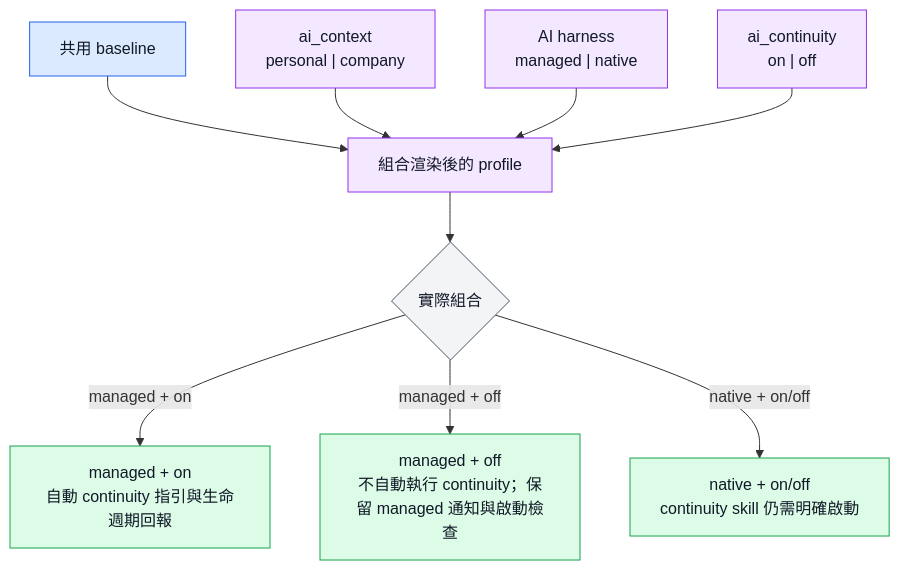
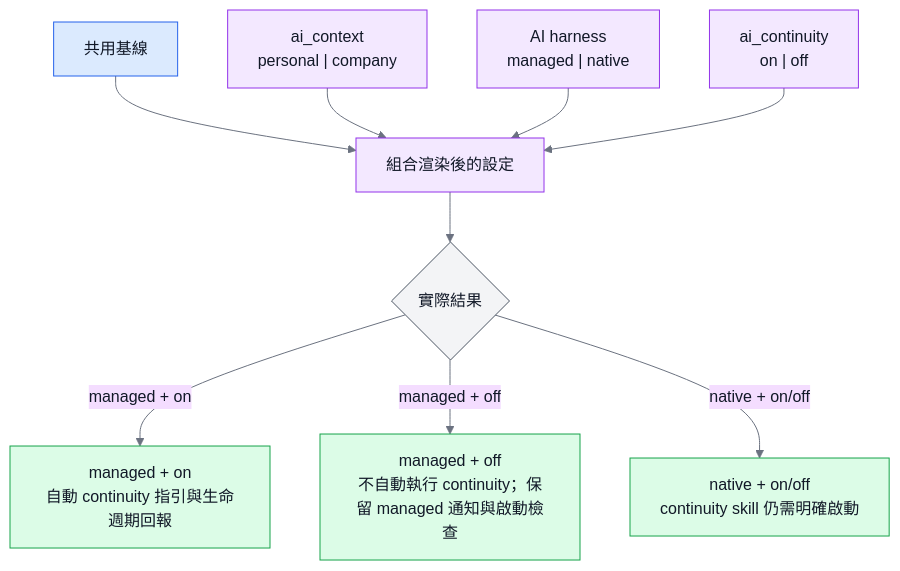
One commit to sherrilla71940/personal-agentic-dev-environment changed the second of 4 diagrams in README.zh-TW.md. Above: the diagram before and after it, drawn with Mermaid. The commit also changed other lines of this file and 23 other files, not shown here.

````diff
--- a/README.zh-TW.md
+++ b/README.zh-TW.md
@@ -109,32 +108,42 @@
 ```mermaid
+%%{init: {"theme": "base", "themeVariables": {"primaryTextColor": "#111827", "nodeTextColor": "#111827", "textColor": "#111827", "lineColor": "#6b7280"}, "flowchart": {"useMaxWidth": true}}}%%
 flowchart TB
-    baseline["共用 baseline"]:::base
+    baseline["共用基線"]:::base
     context["ai_context<br/>personal | company"]:::choice
     harness["AI harness<br/>managed | native"]:::choice
     continuity["ai_continuity<br/>on | off"]:::choice
-    compose["組合渲染後的 profile"]:::process
-    effective{"實際組合"}:::check
+    compose["組合渲染後的設定"]:::process
+    effective{"實際結果"}:::check
     managedOn["managed + on<br/>自動 continuity 指引與生命週期回報"]:::result
     managedOff["managed + off<br/>不自動執行 continuity；保留 managed 通知與啟動檢查"]:::result
     native["native + on/off<br/>continuity skill 仍需明確啟動"]:::result
 
     baseline --> compose
     context --> compose
     harness --> compose
     continuity --> compose
     compose --> effective
     effective -->|"managed + on"| managedOn
     effective -->|"managed + off"| managedOff
     effective -->|"native + on/off"| native
 
     classDef base fill:#dbeafe,stroke:#2563eb,color:#111827
     classDef choice fill:#f3e8ff,stroke:#9333ea,color:#111827
     classDef process fill:#f3e8ff,stroke:#9333ea,color:#111827
     classDef check fill:#f3f4f6,stroke:#4b5563,color:#111827
     classDef result fill:#dcfce7,stroke:#16a34a,color:#111827
     class baseline base
     class context,harness,continuity choice
     class compose process
     class effective check
     class managedOn,managedOff,native result
+    style baseline color:#111827
+    style context color:#111827
+    style harness color:#111827
+    style continuity color:#111827
+    style compose color:#111827
+    style effective color:#111827
+    style managedOn color:#111827
+    style managedOff color:#111827
+    style native color:#111827
 ```
````
